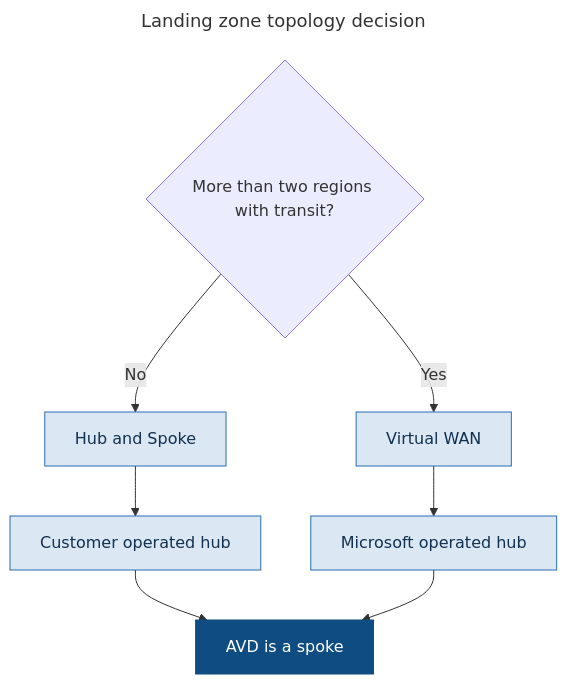
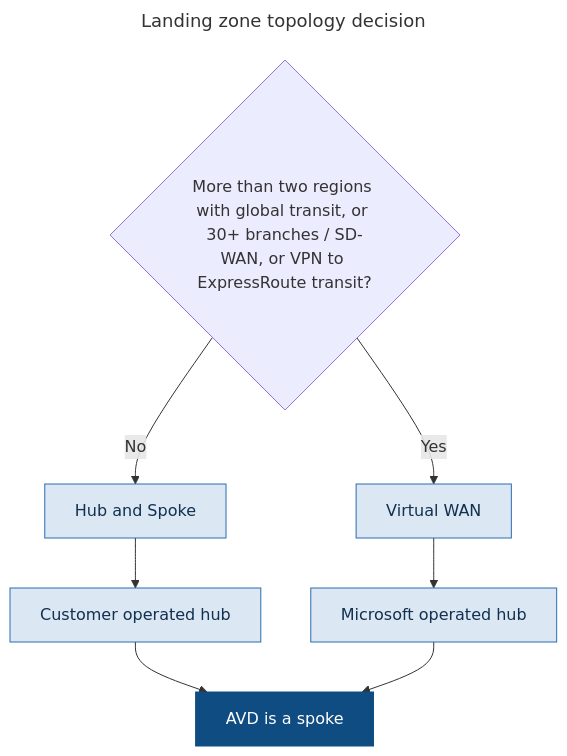
The diagram in chapters/ch12-enterprise-topologies-ip-planning.md (AddySidd27/azure-virtual-desktop-architect), drawn with Mermaid before and after one commit. The commit also changed other lines of this file and 9 other files, not shown here.

````diff
--- a/chapters/ch12-enterprise-topologies-ip-planning.md
+++ b/chapters/ch12-enterprise-topologies-ip-planning.md
@@ -67,21 +67,21 @@
 ```mermaid
 ---
 title: Landing zone topology decision
 ---
 flowchart TB
-    Q{"More than two regions with transit?"}
+    Q{"More than two regions with global transit, or 30+ branches / SD-WAN, or VPN to ExpressRoute transit?"}
 
     Q -->|"No"| HS["Hub and Spoke"]
     Q -->|"Yes"| VW["Virtual WAN"]
 
     HS --> H1["Customer operated hub"]
     VW --> V1["Microsoft operated hub"]
 
     H1 --> A["AVD is a spoke"]
     V1 --> A
 
     classDef ok fill:#dbe7f3,stroke:#2b6cb0,color:#12304f
     classDef out fill:#0f4c81,stroke:#0f4c81,color:#ffffff
     class HS,VW,H1,V1 ok
     class A out
 ```
````
